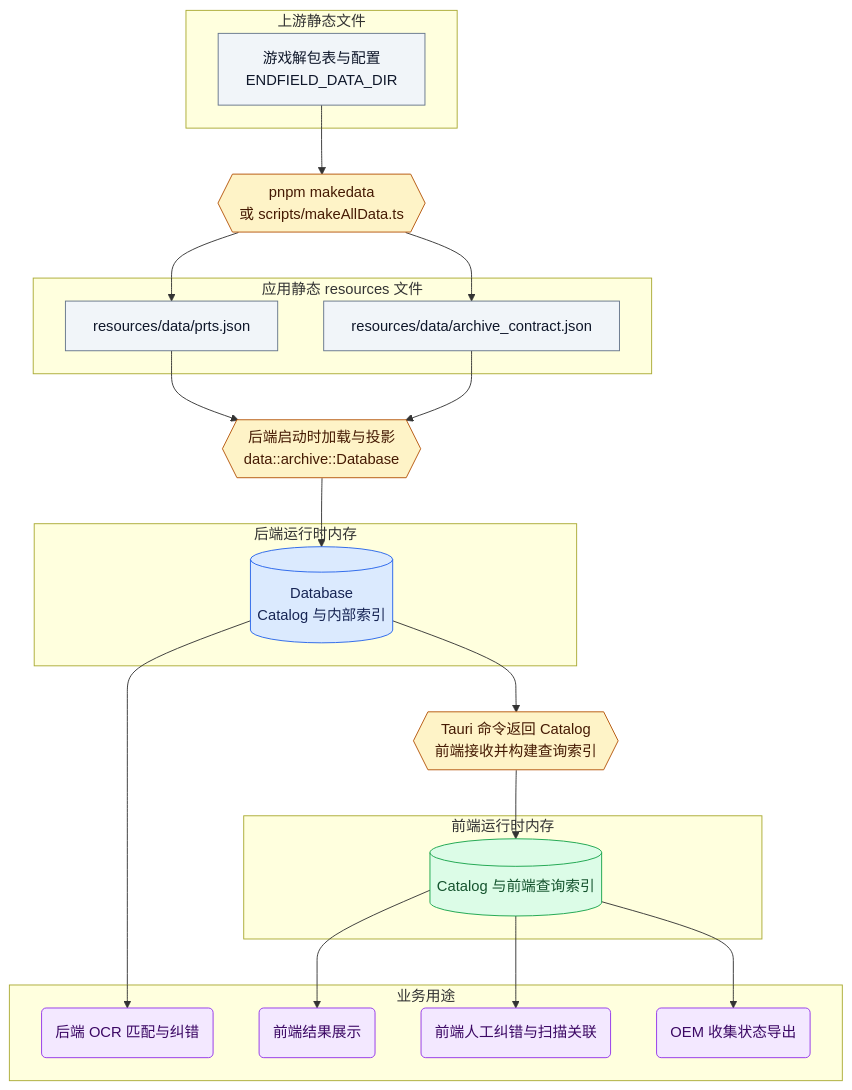
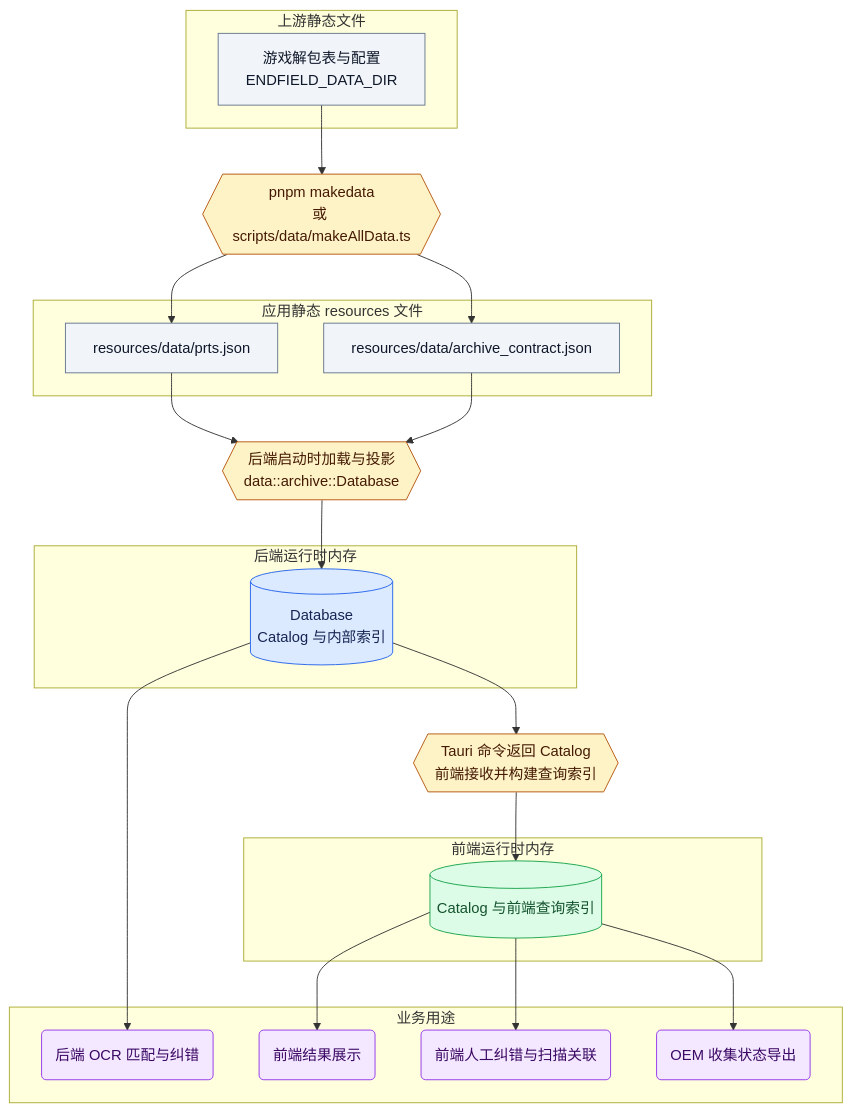
One commit to Logical-Byte/open-endfield-assistant changed the first of 2 diagrams in docs/data-pipeline.md. Above: the diagram before and after it, drawn with Mermaid. The commit also changed other lines of this file and 69 other files, not shown here.

````diff
--- a/docs/data-pipeline.md
+++ b/docs/data-pipeline.md
@@ -23,56 +23,56 @@
 ```mermaid
 flowchart TB
     subgraph source[上游静态文件]
         unpacked["游戏解包表与配置<br/>ENDFIELD_DATA_DIR"]
     end
 
-    make{{"pnpm makedata<br/>或 scripts/makeAllData.ts"}}
+    make{{"pnpm makedata<br/>或 scripts/data/makeAllData.ts"}}
 
     subgraph resources[应用静态 resources 文件]
         prts["resources/data/prts.json"]
         contract["resources/data/archive_contract.json"]
     end
 
     load{{"后端启动时加载与投影<br/>data::archive::Database"}}
 
     subgraph backend[后端运行时内存]
         db[("Database<br/>Catalog 与内部索引")]
     end
 
     ipc{{"Tauri 命令返回 Catalog<br/>前端接收并构建查询索引"}}
 
     subgraph frontend[前端运行时内存]
         catalog[("Catalog 与前端查询索引")]
     end
 
     subgraph usage[业务用途]
         ocr("后端 OCR 匹配与纠错")
         view("前端结果展示")
         correction("前端人工纠错与扫描关联")
         export("OEM 收集状态导出")
     end
 
     unpacked --> make
     make --> prts
     make --> contract
     prts --> load
     contract --> load
     load --> db
     db --> ocr
     db --> ipc
     ipc --> catalog
     catalog --> view
     catalog --> correction
     catalog --> export
 
     classDef file fill:#f1f5f9,stroke:#64748b,color:#0f172a
     classDef logic fill:#fef3c7,stroke:#b45309,color:#451a03
     classDef backmem fill:#dbeafe,stroke:#2563eb,color:#172554
     classDef frontmem fill:#dcfce7,stroke:#16a34a,color:#14532d
     classDef business fill:#f3e8ff,stroke:#9333ea,color:#3b0764
     class unpacked,prts,contract file
     class make,load,ipc logic
     class db backmem
     class catalog frontmem
     class ocr,view,correction,export business
 ```
````
